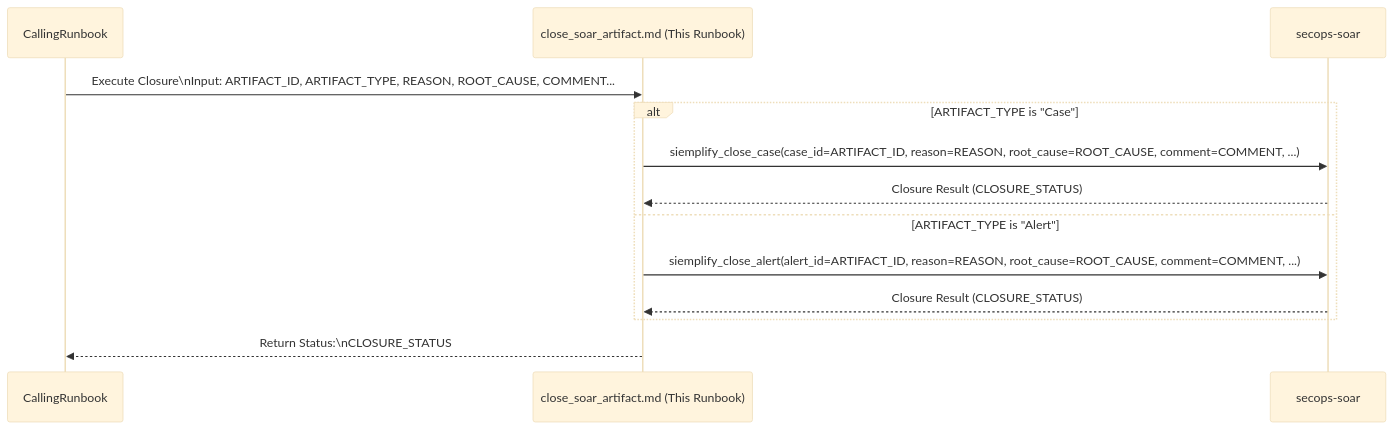
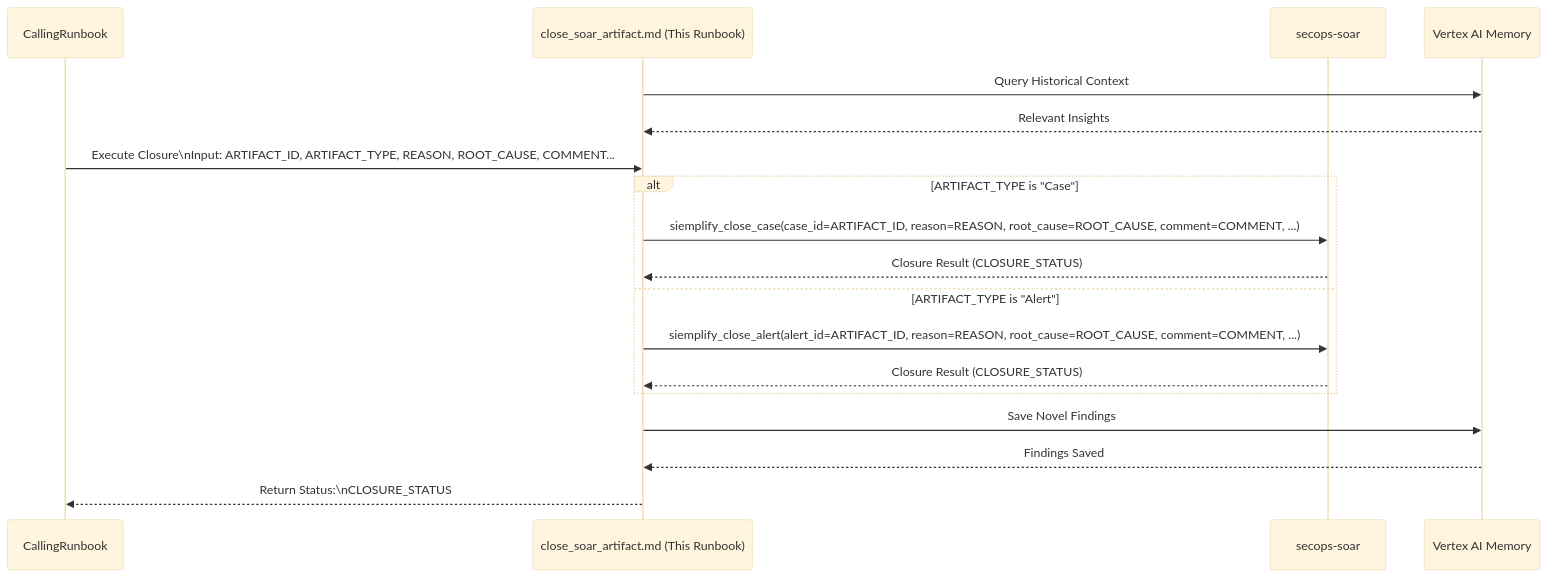
One commit to dandye/adk_runbooks changed the diagram in rules-bank/run_books/common_steps/close_soar_artifact.md. Above: the diagram before and after it, drawn with Mermaid (base theme). The commit also changed other lines of this file and 125 other files, not shown here.

````diff
--- a/rules-bank/run_books/common_steps/close_soar_artifact.md
+++ b/rules-bank/run_books/common_steps/close_soar_artifact.md
@@ -40,21 +42,30 @@
 ```{mermaid}
 sequenceDiagram
     participant CallingRunbook
     participant CloseArtifact as close_soar_artifact.md (This Runbook)
     participant SOAR as secops-soar
+    participant Memory as Vertex AI Memory
 
+
+    %% Step: Query Memory Context
+    CloseArtifact->>Memory: Query Historical Context
+    Memory-->>CloseArtifact: Relevant Insights
     CallingRunbook->>CloseArtifact: Execute Closure\nInput: ARTIFACT_ID, ARTIFACT_TYPE, REASON, ROOT_CAUSE, COMMENT...
 
     %% Step 2: Execute Closure
     alt ARTIFACT_TYPE is "Case"
         CloseArtifact->>SOAR: siemplify_close_case(case_id=ARTIFACT_ID, reason=REASON, root_cause=ROOT_CAUSE, comment=COMMENT, ...)
         SOAR-->>CloseArtifact: Closure Result (CLOSURE_STATUS)
     else ARTIFACT_TYPE is "Alert"
         CloseArtifact->>SOAR: siemplify_close_alert(alert_id=ARTIFACT_ID, reason=REASON, root_cause=ROOT_CAUSE, comment=COMMENT, ...)
         SOAR-->>CloseArtifact: Closure Result (CLOSURE_STATUS)
     end
 
     %% Step 3: Return Status
+
+    %% Step: Save Findings to Memory
+    CloseArtifact->>Memory: Save Novel Findings
+    Memory-->>CloseArtifact: Findings Saved
     CloseArtifact-->>CallingRunbook: Return Status:\nCLOSURE_STATUS
 
 ```
````
